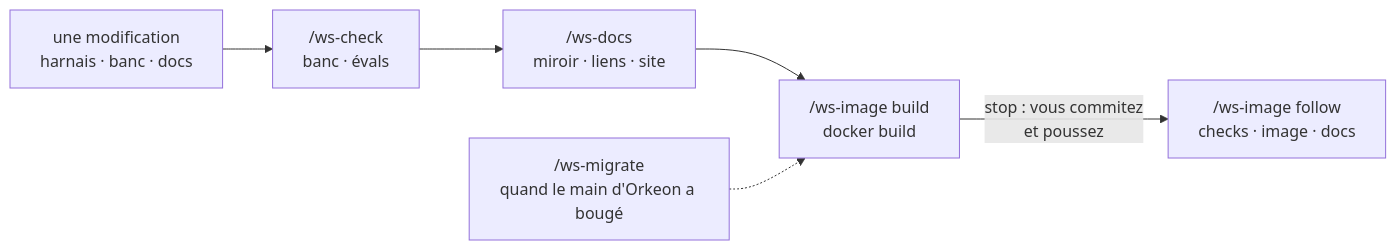
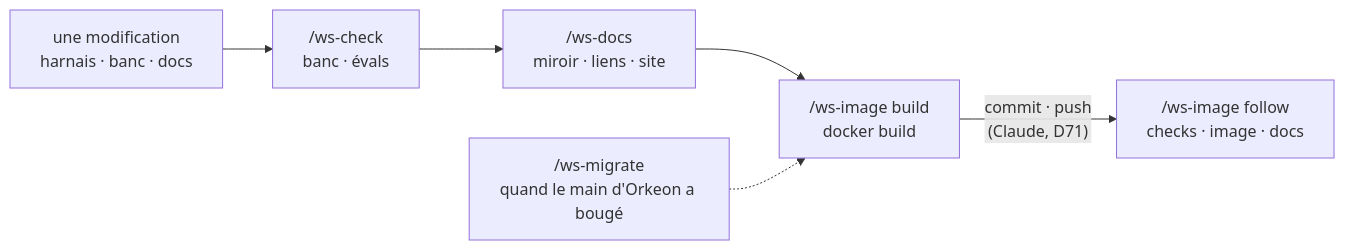
The diagram in docs/fr/workflows/maintain-the-workshop.md (Orkeon/orkeon-workshop), drawn with Mermaid before and after one commit. The commit also changed other lines of this file and 168 other files, not shown here.

First line of the commit message:
Lot 14: batches in independent agents (D70), commit and push by the harness (D71), and the workshop migrated to Orkeon main ad6dc63

````diff
--- a/docs/fr/workflows/maintain-the-workshop.md
+++ b/docs/fr/workflows/maintain-the-workshop.md
@@ -20,8 +20,8 @@
 ```mermaid
 flowchart LR
     c["une modification<br/>harnais · banc · docs"] --> k["/ws-check<br/>banc · évals"]
     k --> d["/ws-docs<br/>miroir · liens · site"]
     d --> b["/ws-image build<br/>docker build"]
-    b -->|"stop : vous commitez<br/>et poussez"| f["/ws-image follow<br/>checks · image · docs"]
+    b -->|"commit · push<br/>(Claude, D71)"| f["/ws-image follow<br/>checks · image · docs"]
     m["/ws-migrate<br/>quand le main d'Orkeon a bougé"] -.-> b
 ```
````
